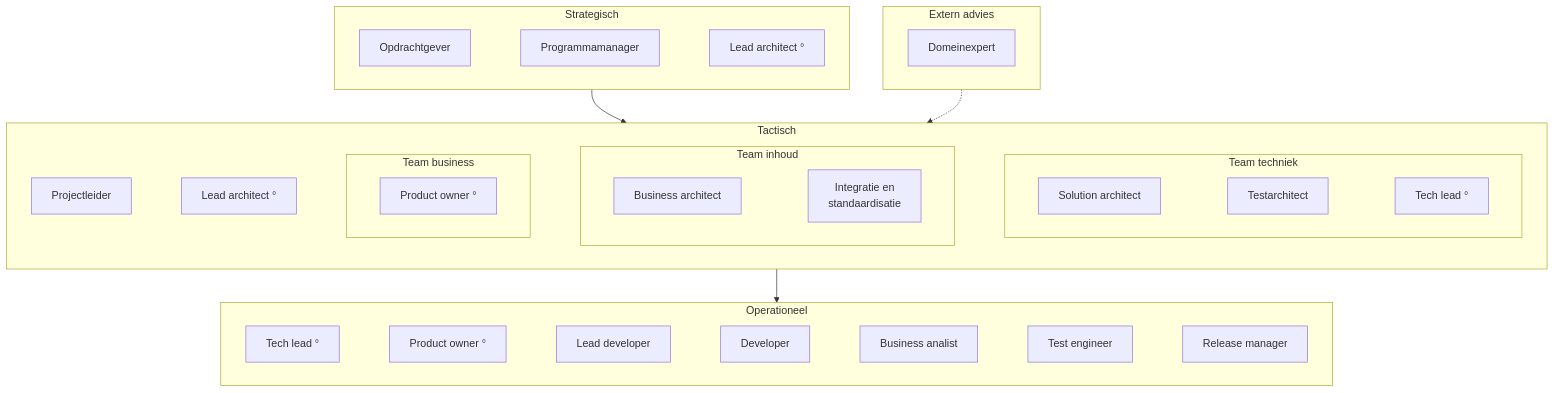
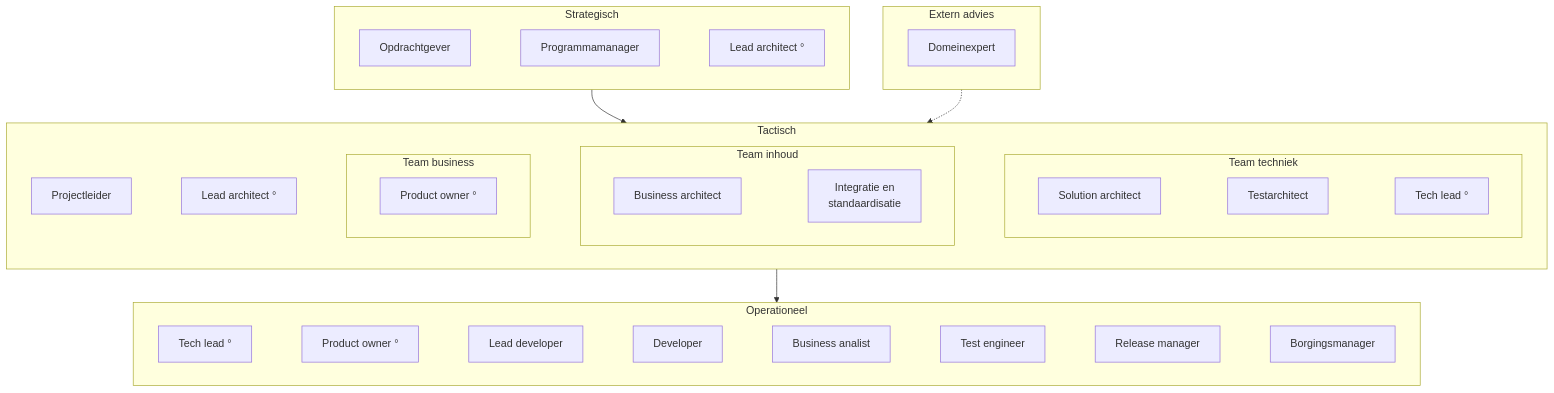
Before and after one commit to Npuls-OKx/meta: the first of 2 diagrams in presentaties/src/260903_rollen.md, drawn with Mermaid. The commit also changed other lines of this file, not shown here.

````diff
--- a/presentaties/src/260903_rollen.md
+++ b/presentaties/src/260903_rollen.md
@@ -42,36 +117,36 @@
 ```mermaid
 flowchart TB
   subgraph EX["Extern advies"]
     direction LR
     DE["Domeinexpert"]
   end
   subgraph S["Strategisch"]
     direction LR
     OG["Opdrachtgever"] ~~~ PM["Programmamanager"] ~~~ LA1["Lead architect °"]
   end
   subgraph T["Tactisch"]
     direction LR
     PL["Projectleider"]
     LA2["Lead architect °"]
     subgraph TB2["Team business"]
       direction LR
       PO1["Product owner °"]
     end
     subgraph TI["Team inhoud"]
       direction LR
       BAR["Business architect"] ~~~ IS["Integratie en<br/>standaardisatie"]
     end
     subgraph TT["Team techniek"]
       direction LR
       SA["Solution architect"] ~~~ TA["Testarchitect"] ~~~ TL1["Tech lead °"]
     end
     PL ~~~ LA2 ~~~ TB2 ~~~ TI ~~~ TT
   end
   subgraph O["Operationeel"]
     direction LR
-    TL2["Tech lead °"] ~~~ PO2["Product owner °"] ~~~ LD["Lead developer"] ~~~ DEV["Developer"] ~~~ BA["Business analist"] ~~~ TE["Test engineer"] ~~~ RM["Release manager"]
+    TL2["Tech lead °"] ~~~ PO2["Product owner °"] ~~~ LD["Lead developer"] ~~~ DEV["Developer"] ~~~ BA["Business analist"] ~~~ TE["Test engineer"] ~~~ RM["Release manager"] ~~~ BM["Borgingsmanager"]
   end
   S --> T
   T --> O
   EX -.-> T
 ```
````
